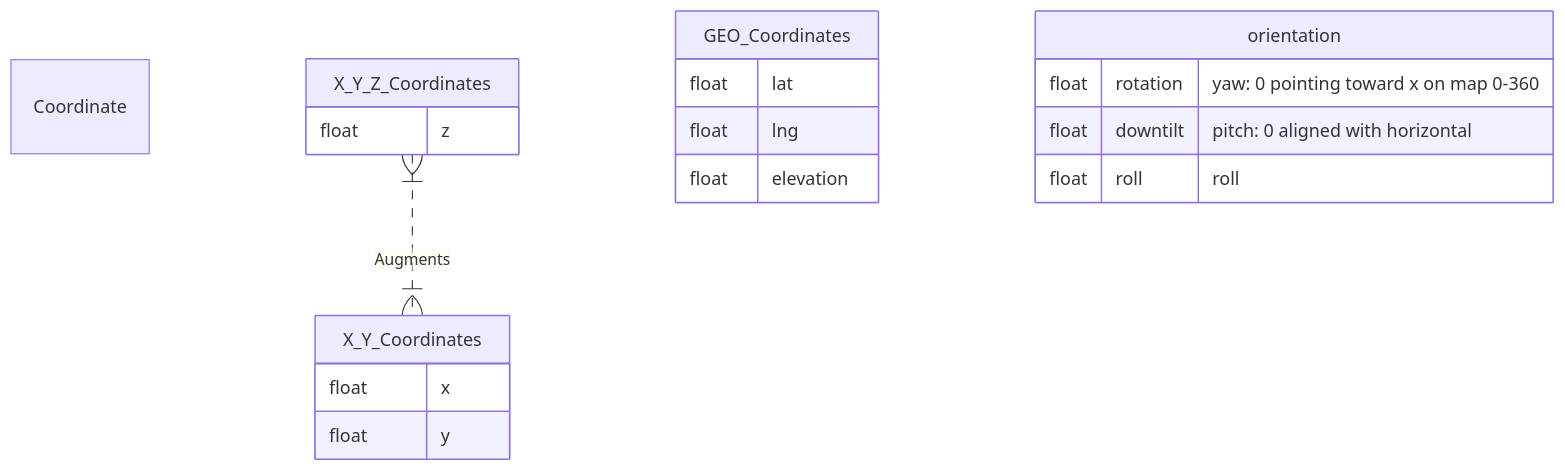
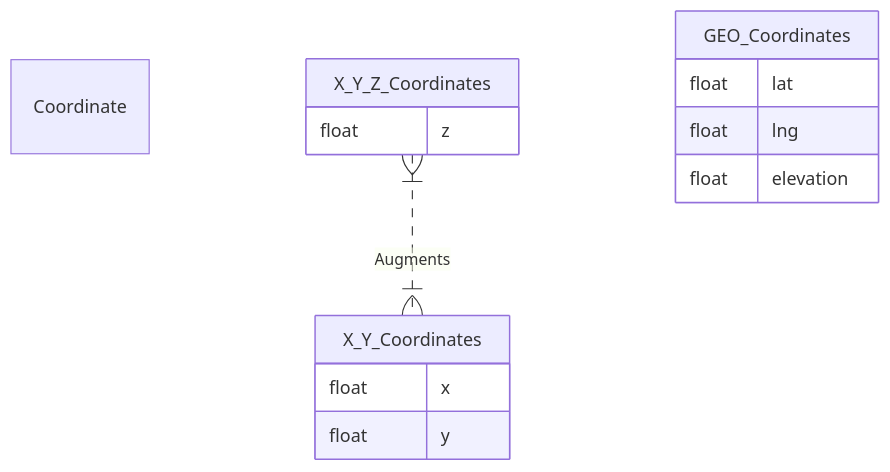
Before and after one commit to google/openintent: the third of 3 diagrams in docs/model_ideas.md, drawn with Mermaid. The commit also changed other lines of this file, not shown here.

````diff
--- a/docs/model_ideas.md
+++ b/docs/model_ideas.md
@@ -91,29 +128,25 @@
 ```mermaid
 
 erDiagram
     Coordinate {
 
     }
 
     X_Y_Coordinates {
         float x
         float y
     }
 
     X_Y_Z_Coordinates {
         float z
     }
     X_Y_Z_Coordinates }|..|{ X_Y_Coordinates : Augments
 
     GEO_Coordinates {
         float lat
         float lng
         float elevation
     }
 
-    orientation {
-        float rotation "yaw: 0 pointing toward x on map 0-360"
-        float downtilt "pitch: 0 aligned with horizontal"
-        float roll "roll"
-    }
+    
 ```
````
